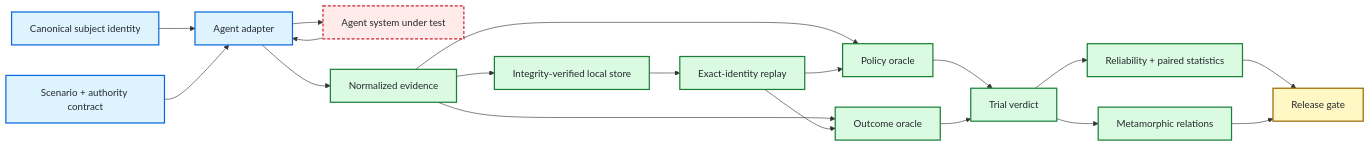
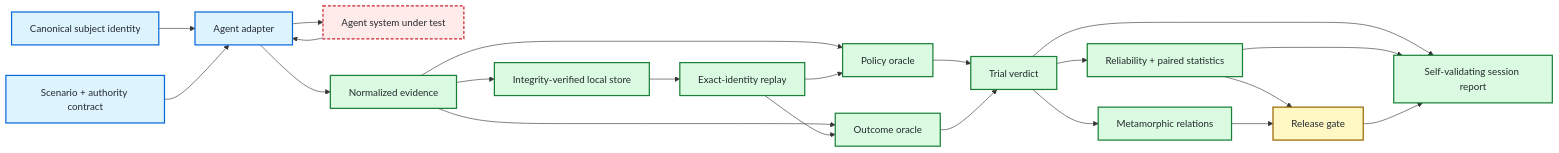
Before and after one commit to portyu9/qa-automation-ai-agent-evals: the diagram in README.md, drawn with Mermaid. The commit also changed other lines of this file, not shown here.

Commit message:
docs: surface self-validating session assurance reports

````diff
--- a/README.md
+++ b/README.md
@@ -90,47 +93,51 @@
 ```mermaid
 flowchart LR
     accTitle: Evidence-bound agent evaluation architecture
-    accDescr: An exact subject and versioned scenario are executed through a provider-neutral adapter. Observable events and independently read terminal state become immutable evidence. Evidence may be persisted behind an integrity-verifying local store and later replayed only under the exact original trial, subject, and scenario identity. Deterministic policy and outcome oracles derive trial truth. Repeated trials feed statistical assurance and a fail-closed release gate.
+    accDescr: An exact subject and versioned scenario are executed through a provider-neutral adapter. Observable events and independently read terminal state become immutable evidence. Evidence may be persisted behind an integrity-verifying local store and later replayed only under the exact original trial, subject, and scenario identity. Deterministic policy and outcome oracles derive trial truth. Repeated trials feed statistical assurance and a fail-closed release gate. A self-validating session report binds the evidence roots and rederives serialized assurance conclusions without becoming new grading authority.
 
     S[Canonical subject identity]
     C[Scenario + authority contract]
     A[Agent adapter]
     U[Agent system under test]
     E[Normalized evidence]
     D[Integrity-verified local store]
     Y[Exact-identity replay]
     P[Policy oracle]
     O[Outcome oracle]
     T[Trial verdict]
     M[Metamorphic relations]
     R[Reliability + paired statistics]
     G[Release gate]
+    Q[Self-validating session report]
 
     S --> A
     C --> A
     A --> U
     U --> A
     A --> E
     E --> P
     E --> O
     E --> D
     D --> Y
     Y --> P
     Y --> O
     P --> T
     O --> T
     T --> M
     T --> R
     R --> G
     M --> G
+    T --> Q
+    R --> Q
+    G --> Q
 
     classDef contract fill:#ddf4ff,stroke:#0969da,color:#24292f,stroke-width:2px
     classDef sut fill:#ffebe9,stroke:#cf222e,color:#24292f,stroke-width:2px,stroke-dasharray:5 3
     classDef evidence fill:#dafbe1,stroke:#1a7f37,color:#24292f,stroke-width:2px
     classDef gate fill:#fff8c5,stroke:#9a6700,color:#24292f,stroke-width:2px
 
     class S,C,A contract
     class U sut
-    class E,D,Y,P,O,T,M,R evidence
+    class E,D,Y,P,O,T,M,R,Q evidence
     class G gate
 ```
````
